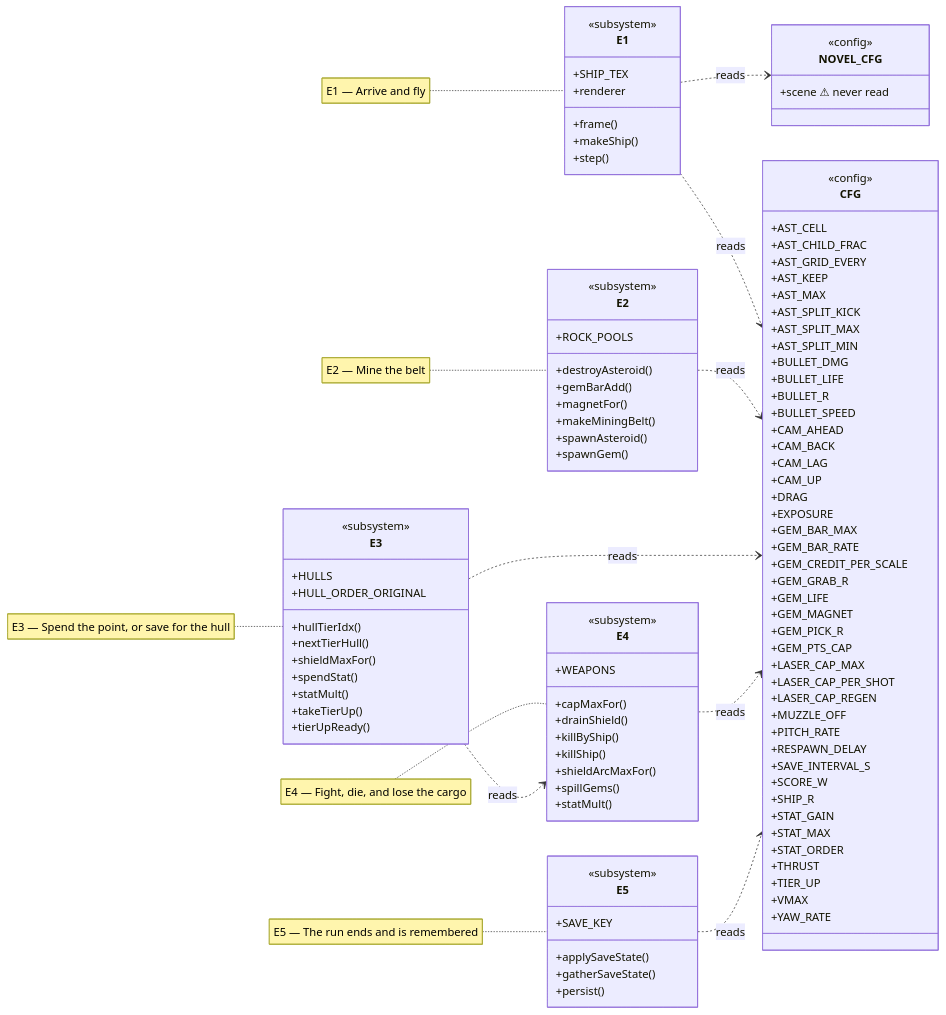
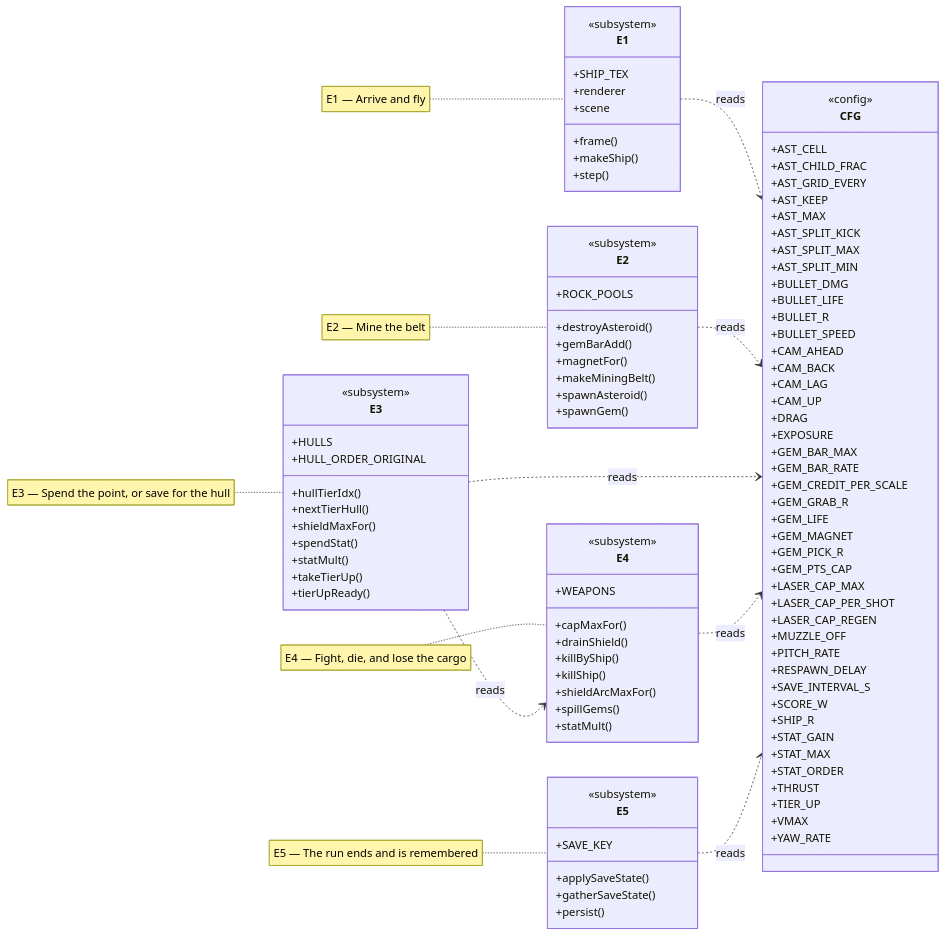
One commit to rj45Thompson/starfighter changed the diagram in uml/gml/run/classes.mmd. Above: the diagram before and after it, drawn with Mermaid. The commit also changed 43 other files, not shown here.

```diff
--- a/uml/gml/run/classes.mmd
+++ b/uml/gml/run/classes.mmd
@@ -1,111 +1,107 @@
 classDiagram
   direction LR
   class CFG {
     <<config>>
     +AST_CELL
     +AST_CHILD_FRAC
     +AST_GRID_EVERY
     +AST_KEEP
     +AST_MAX
     +AST_SPLIT_KICK
     +AST_SPLIT_MAX
     +AST_SPLIT_MIN
     +BULLET_DMG
     +BULLET_LIFE
     +BULLET_R
     +BULLET_SPEED
     +CAM_AHEAD
     +CAM_BACK
     +CAM_LAG
     +CAM_UP
     +DRAG
     +EXPOSURE
     +GEM_BAR_MAX
     +GEM_BAR_RATE
     +GEM_CREDIT_PER_SCALE
     +GEM_GRAB_R
     +GEM_LIFE
     +GEM_MAGNET
     +GEM_PICK_R
     +GEM_PTS_CAP
     +LASER_CAP_MAX
     +LASER_CAP_PER_SHOT
     +LASER_CAP_REGEN
     +MUZZLE_OFF
     +PITCH_RATE
     +RESPAWN_DELAY
     +SAVE_INTERVAL_S
     +SCORE_W
     +SHIP_R
     +STAT_GAIN
     +STAT_MAX
     +STAT_ORDER
     +THRUST
     +TIER_UP
     +VMAX
     +YAW_RATE
   }
-  class NOVEL_CFG {
-    <<config>>
-    +scene  ⚠ never read
-  }
   class E1 {
     <<subsystem>>
     +SHIP_TEX
     +frame()
     +makeShip()
     +renderer
+    +scene
     +step()
   }
   note for E1 "E1 — Arrive and fly"
   class E2 {
     <<subsystem>>
     +ROCK_POOLS
     +destroyAsteroid()
     +gemBarAdd()
     +magnetFor()
     +makeMiningBelt()
     +spawnAsteroid()
     +spawnGem()
   }
   note for E2 "E2 — Mine the belt"
   class E3 {
     <<subsystem>>
     +HULLS
     +HULL_ORDER_ORIGINAL
     +hullTierIdx()
     +nextTierHull()
     +shieldMaxFor()
     +spendStat()
     +statMult()
     +takeTierUp()
     +tierUpReady()
   }
   note for E3 "E3 — Spend the point, or save for the hull"
   class E4 {
     <<subsystem>>
     +WEAPONS
     +capMaxFor()
     +drainShield()
     +killByShip()
     +killShip()
     +shieldArcMaxFor()
     +spillGems()
     +statMult()
   }
   note for E4 "E4 — Fight, die, and lose the cargo"
   class E5 {
     <<subsystem>>
     +SAVE_KEY
     +applySaveState()
     +gatherSaveState()
     +persist()
   }
   note for E5 "E5 — The run ends and is remembered"
   E1 ..> CFG : reads
-  E1 ..> NOVEL_CFG : reads
   E2 ..> CFG : reads
   E3 ..> CFG : reads
   E3 ..> E4 : reads
   E4 ..> CFG : reads
   E5 ..> CFG : reads
```
